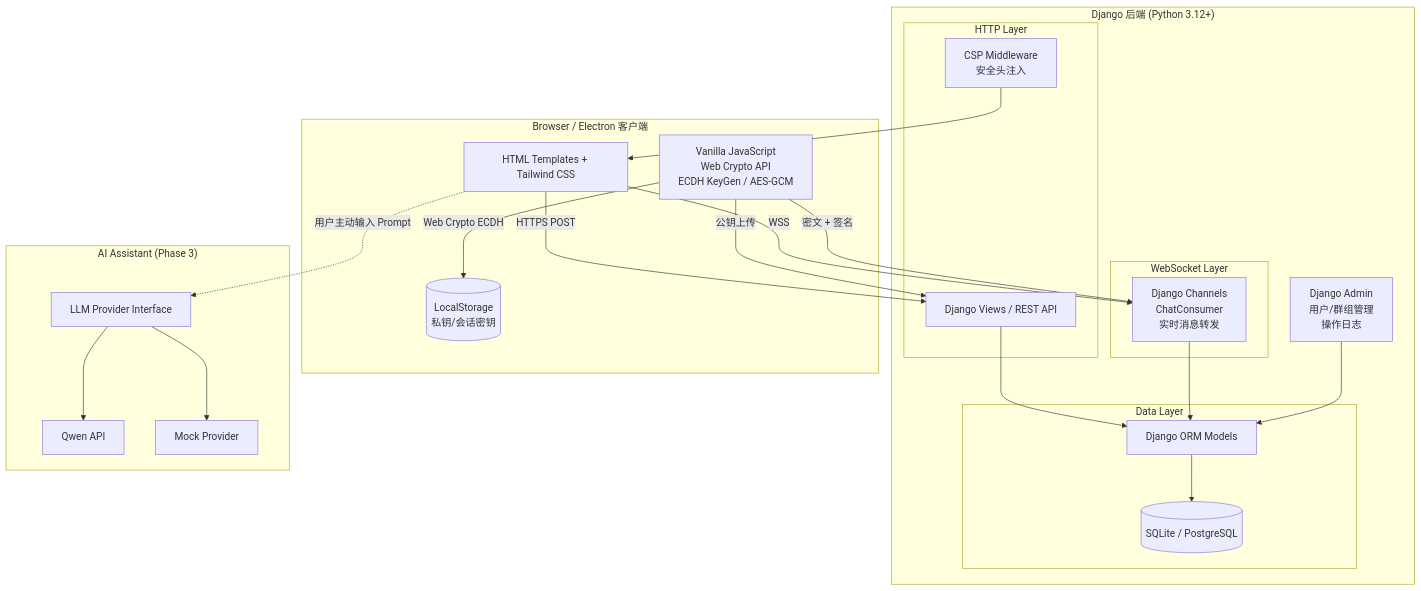
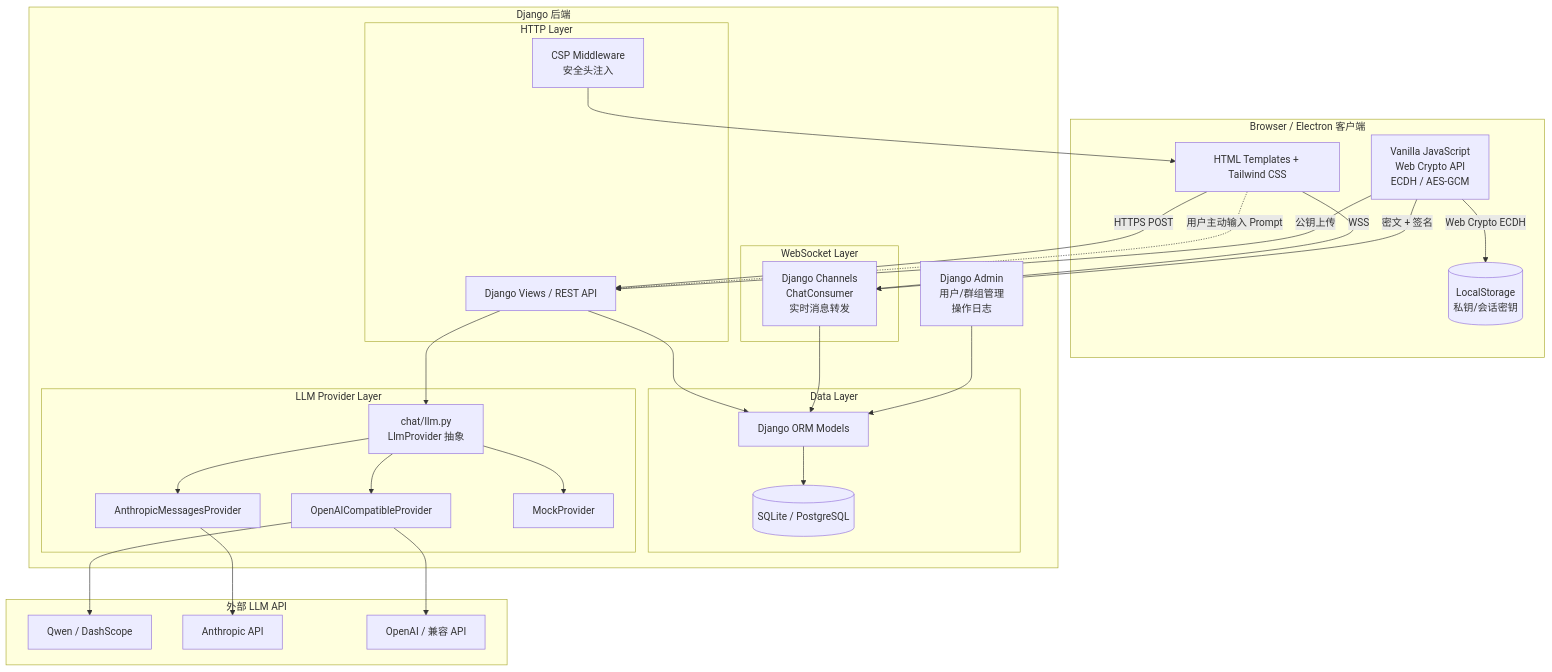
The fourth of 9 diagrams in docs/iChat Pro UML 与架构图交付文档.md (HeanX/iChat_Pro), drawn with Mermaid before and after one commit. The commit also changed other lines of this file, not shown here.

First line of the commit message:
docs: complete rewrite of UML & architecture diagrams for current main

````diff
--- a/docs/iChat Pro UML 与架构图交付文档.md
+++ b/docs/iChat Pro UML 与架构图交付文档.md
@@ -235,45 +411,56 @@
 ```mermaid
 graph TB
-    subgraph "Browser / Electron 客户端"
+    subgraph 客户端[Browser / Electron 客户端]
         FE[HTML Templates + Tailwind CSS]
-        JS[Vanilla JavaScript<br/>Web Crypto API<br/>ECDH KeyGen / AES-GCM]
+        JS[Vanilla JavaScript<br/>Web Crypto API<br/>ECDH / AES-GCM]
         LS[(LocalStorage<br/>私钥/会话密钥)]
     end
 
-    subgraph "Django 后端 (Python 3.12+)"
-        subgraph "HTTP Layer"
+    subgraph 后端[Django 后端]
+        subgraph HTTP层[HTTP Layer]
             V[Django Views / REST API]
             MW[CSP Middleware<br/>安全头注入]
         end
-        subgraph "WebSocket Layer"
+        subgraph WebSocket层[WebSocket Layer]
             WS[Django Channels<br/>ChatConsumer<br/>实时消息转发]
         end
-        subgraph "Data Layer"
+        subgraph 数据层[Data Layer]
             M[Django ORM Models]
             DB[(SQLite / PostgreSQL)]
+        end
+        subgraph LLM层[LLM Provider Layer]
+            LLP[chat/llm.py<br/>LlmProvider 抽象]
+            ANTHRO[AnthropicMessagesProvider]
+            OPENAI[OpenAICompatibleProvider]
+            MOCK[MockProvider]
         end
         ADMIN[Django Admin<br/>用户/群组管理<br/>操作日志]
     end
 
-    subgraph "AI Assistant (Phase 3)"
-        LLM[LLM Provider Interface]
-        QWEN[Qwen API]
-        MOCK[Mock Provider]
+    subgraph 外部服务[外部 LLM API]
+        QWEN_API[Qwen / DashScope]
+        ANTHRO_API[Anthropic API]
+        OPENAI_API[OpenAI / 兼容 API]
     end
 
     FE -->|HTTPS POST| V
     FE -->|WSS| WS
     V --> M
     WS --> M
     M --> DB
     MW --> FE
     ADMIN --> M
 
-    FE -.->|用户主动输入 Prompt| LLM
-    LLM --> QWEN
-    LLM --> MOCK
+    FE -.->|用户主动输入 Prompt| V
+    V --> LLP
+    LLP --> ANTHRO
+    LLP --> OPENAI
+    LLP --> MOCK
+    ANTHRO --> ANTHRO_API
+    OPENAI --> OPENAI_API
+    OPENAI --> QWEN_API
 
     JS -->|Web Crypto ECDH| LS
     JS -->|公钥上传| V
     JS -->|密文 + 签名| WS
 ```
````
